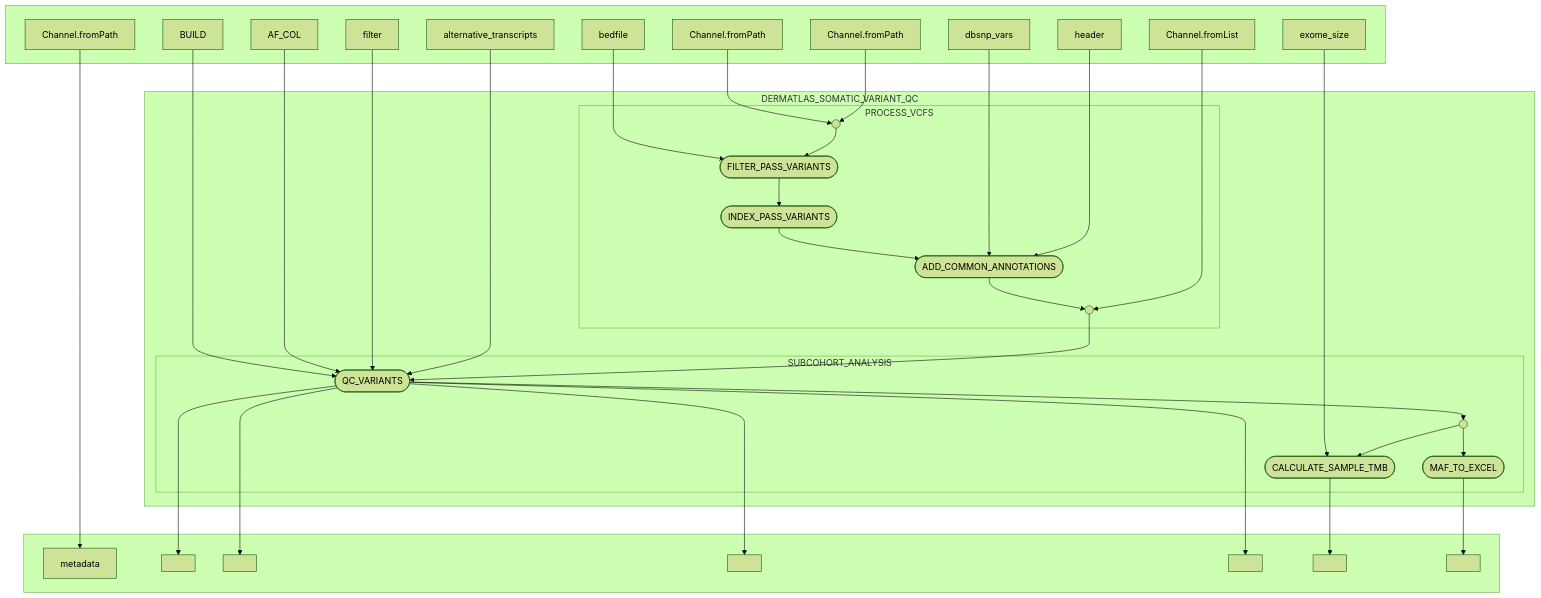
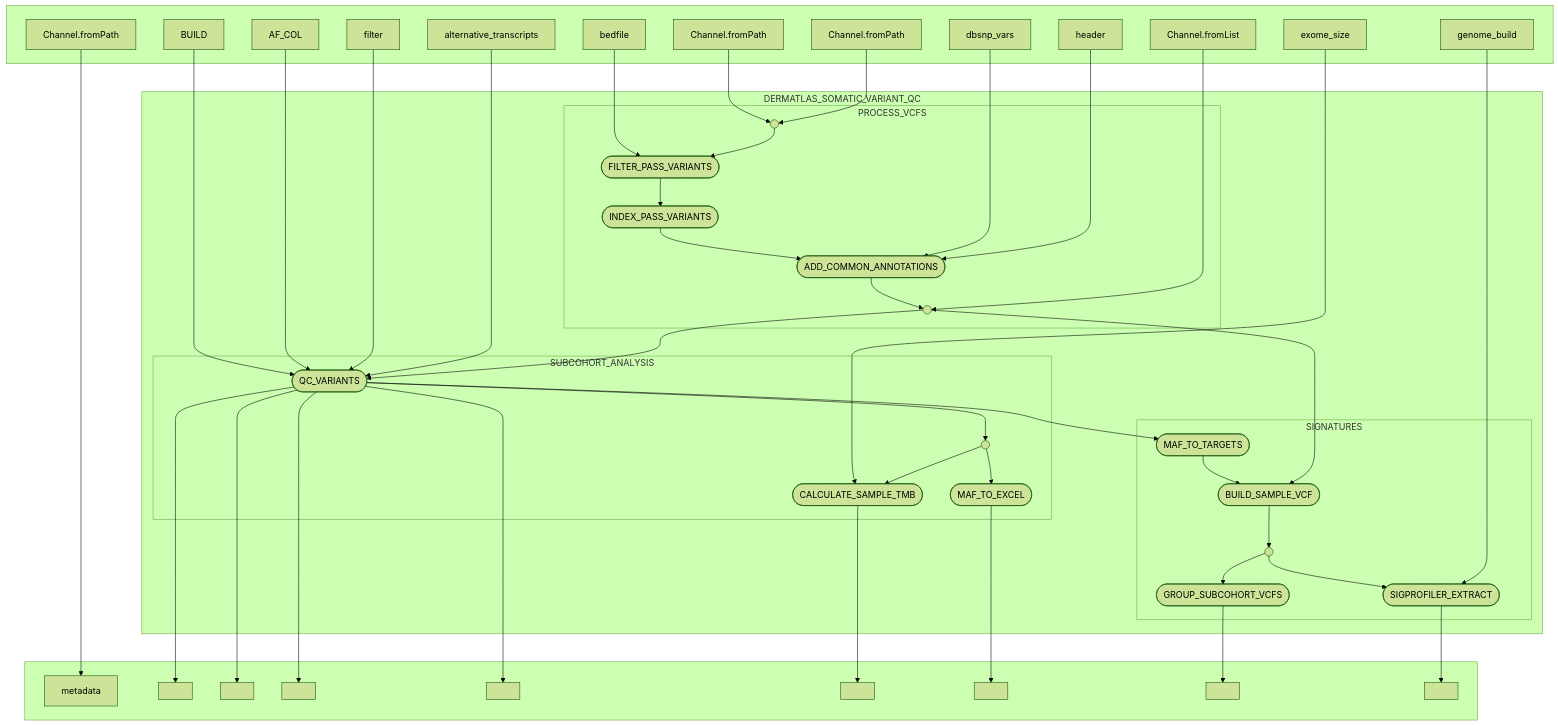
One commit to team113sanger/dermatlas_somatic_qc_nf changed the diagram in README.md. Above: the diagram before and after it, drawn with Mermaid (forest theme). The commit also changed other lines of this file and 2 other files, not shown here.

Commit message:
Changelogs and Readme fixes

````diff
--- a/README.md
+++ b/README.md
@@ -126,6 +130,7 @@
     v34["filter"]
     v35["alternative_transcripts"]
     v42["exome_size"]
+    v47["genome_build"]
     end
     subgraph " "
     v1["metadata"]
@@ -135,6 +140,8 @@
     v40[" "]
     v44[" "]
     v46[" "]
+    v54[" "]
+    v55[" "]
     end
     subgraph DERMATLAS_SOMATIC_VARIANT_QC
     subgraph PROCESS_VCFS
@@ -149,6 +156,13 @@
     v43([CALCULATE_SAMPLE_TMB])
     v45([MAF_TO_EXCEL])
     v41(( ))
+    end
+    subgraph SIGNATURES
+    v48([MAF_TO_TARGETS])
+    v49([BUILD_SAMPLE_VCF])
+    v50([GROUP_SUBCOHORT_VCFS])
+    v51([SIGPROFILER_EXTRACT])
+    v52(( ))
     end
     end
     v0 --> v1
@@ -177,4 +191,13 @@
     v43 --> v44
     v41 --> v45
     v45 --> v46
+    v36 --> v48
+    v48 --> v49
+    v13 --> v49
+    v49 --> v52
+    v52 --> v50
+    v52 --> v51
+    v47 --> v51
+    v50 --> v54
+    v51 --> v55
 ```
````
